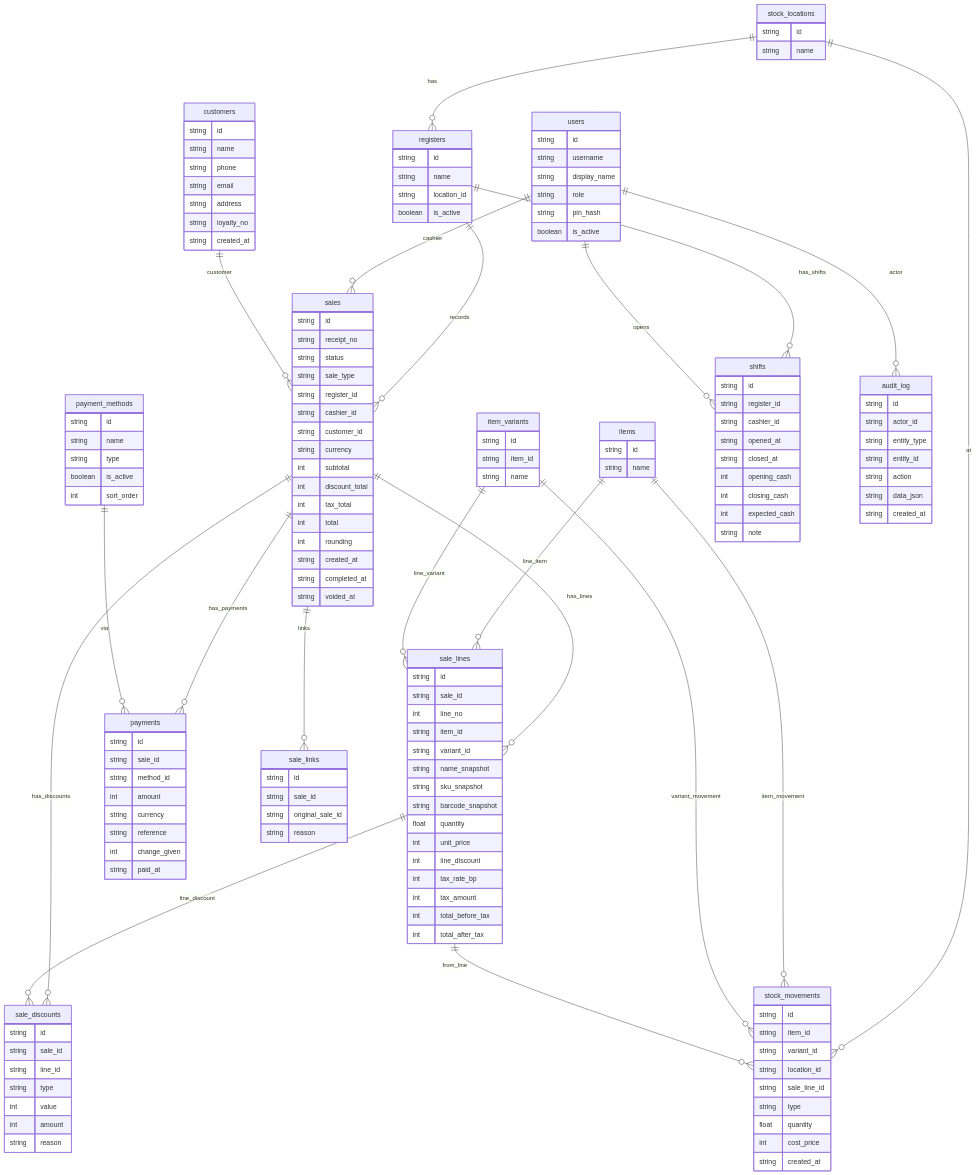
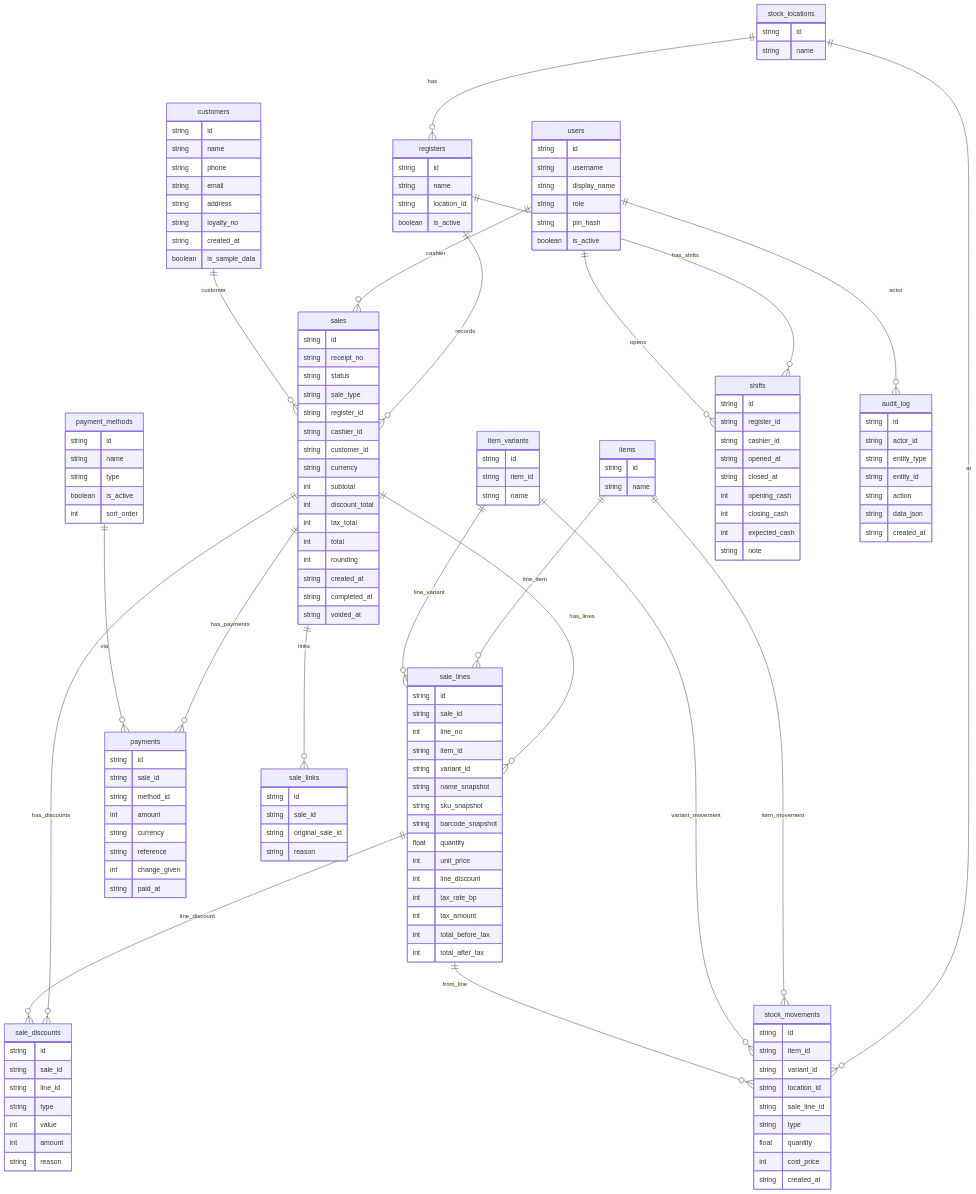
One commit to universaltill/universal-till changed the third of 4 diagrams in docs/data-model.md. Above: the diagram before and after it, drawn with Mermaid. The commit also changed other lines of this file and 27 other files, not shown here.

```diff
--- a/docs/data-model.md
+++ b/docs/data-model.md
@@ -317,6 +317,7 @@
         string address
         string loyalty_no
         string created_at
+        boolean is_sample_data
     }
 
     users {
```
